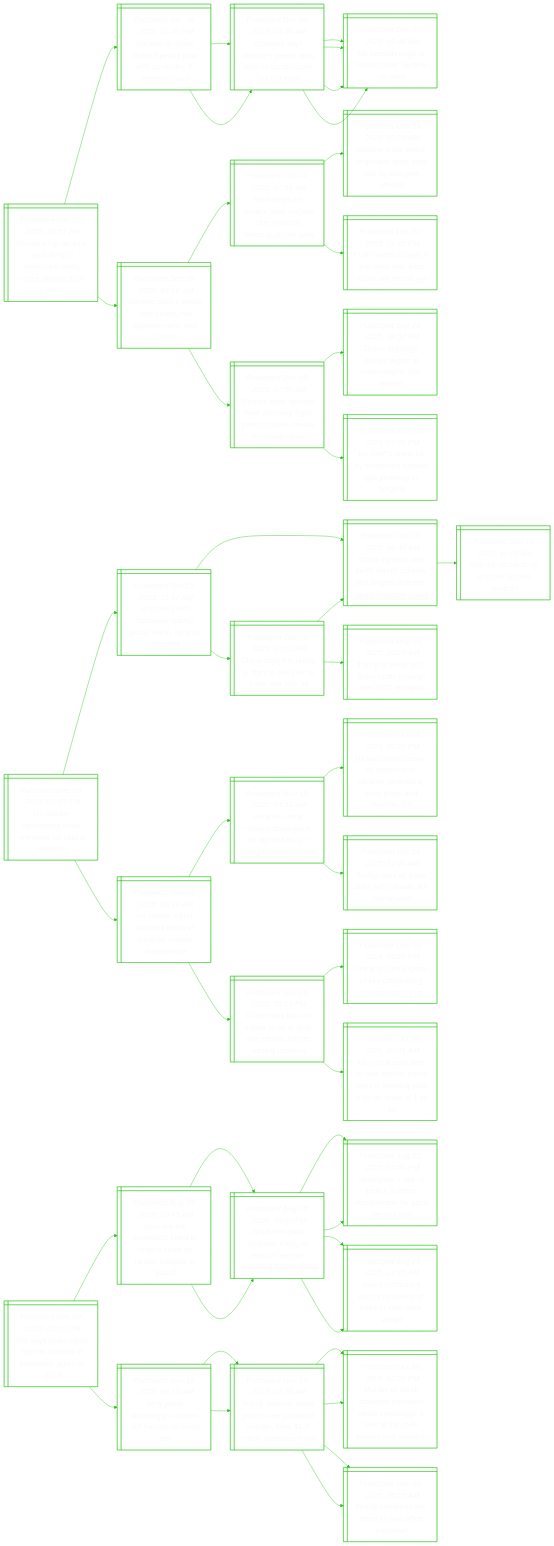
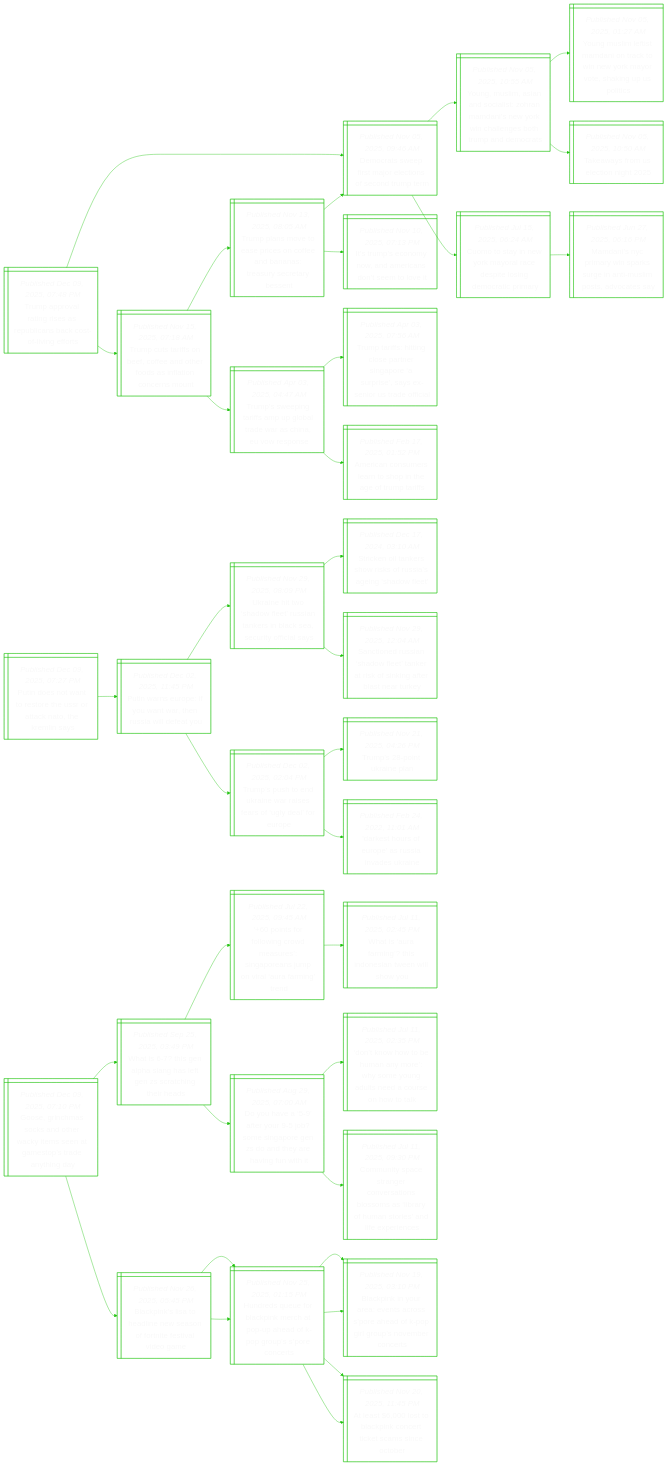
The diagram in README.md (notJmes/notJmes), drawn with Mermaid before and after one commit. The commit also changed other lines of this file, not shown here.

````diff
--- a/README.md
+++ b/README.md
@@ -16,139 +16,115 @@
 flowchart LR
 classDef txtsize font-size:20px;
 
-Ragasiaggrari@{ shape: win-pane, label: "_Published Dec 09, 2025, 03:51 PM_
-Russia’s top general says army is advancing along entire ukraine front line" }
-UnhedewScna@{ shape: win-pane, label: "_Published Dec 08, 2025, 11:20 PM_
-Ukraine to share revised peace plan with us on dec 9, zelensky says" }
-ZsyaptwStita@{ shape: win-pane, label: "_Published Dec 08, 2025, 06:36 AM_
-Zelensky says ukraine’s peace talks with us constructive but not easy" }
-NaottirUk@{ shape: win-pane, label: "_Published Dec 07, 2025, 03:48 AM_
-No breakthrough at ‘constructive’ ukraine-us talks" }
-NaottirUk@{ shape: win-pane, label: "_Published Dec 07, 2025, 03:48 AM_
-No breakthrough at ‘constructive’ ukraine-us talks" }
-ZsyaptwStita@{ shape: win-pane, label: "_Published Dec 08, 2025, 06:36 AM_
-Zelensky says ukraine’s peace talks with us constructive but not easy" }
-NaottirUk@{ shape: win-pane, label: "_Published Dec 07, 2025, 03:48 AM_
-No breakthrough at ‘constructive’ ukraine-us talks" }
-NaottirUk@{ shape: win-pane, label: "_Published Dec 07, 2025, 03:48 AM_
-No breakthrough at ‘constructive’ ukraine-us talks" }
-UnsnacastRa@{ shape: win-pane, label: "_Published Dec 05, 2025, 04:16 AM_
-Ukraine says it wants ‘real peace, not appeasement’ with russia" }
-Ntoaanrrotra@{ shape: win-pane, label: "_Published Dec 04, 2025, 07:38 AM_
-Next steps for ukraine talks unclear after moscow meeting, trump says" }
-Unpetrsrbitc@{ shape: win-pane, label: "_Published Nov 29, 2025, 12:09 AM_
-Ukraine’s top peace negotiator quits after raid by anti-graft officers" }
+Tavtisbnkoif@{ shape: win-pane, label: "_Published Dec 09, 2025, 07:48 PM_
+Trump approval rating rises as republicans back cost-of-living efforts" }
+Drwialosdp@{ shape: win-pane, label: "_Published Nov 05, 2025, 09:46 AM_
+Democrats sweep first major elections of second trump term" }
+YMmnoihaiYilehpea@{ shape: win-pane, label: "_Published Nov 05, 2025, 10:55 AM_
+Young, muslim, asian and socialist: zohran mamdani’s new york win challenges both trump and democrats" }
+YMmimociYaoauoc@{ shape: win-pane, label: "_Published Nov 05, 2025, 01:27 AM_
+Young muslim leftist mamdani on track to win new york mayor vote, shaking up us politics" }
+Twreig@{ shape: win-pane, label: "_Published Nov 05, 2025, 10:50 AM_
+Takeaways from us election night 2025" }
+Ctywmaeiseary@{ shape: win-pane, label: "_Published Jul 15, 2025, 06:24 AM_
+Cuomo to stay in new york mayoral race despite losing democratic primary" }
+MnCankgnsodty@{ shape: win-pane, label: "_Published Jun 27, 2025, 06:16 PM_
+Mamdani’s nyc primary win sparks surge in anti-muslim posts, advocates say" }
+Tcasefdrsfocm@{ shape: win-pane, label: "_Published Nov 15, 2025, 07:18 AM_
+Trump cuts tariffs on beef, coffee and other foods as inflation concerns mount" }
+Tpmopsfnarrrye@{ shape: win-pane, label: "_Published Nov 13, 2025, 08:05 AM_
+Trump plans move to ease prices on coffee and bananas: treasury secretary bessent" }
+Drwialosdp@{ shape: win-pane, label: "_Published Nov 05, 2025, 09:46 AM_
+Democrats sweep first major elections of second trump term" }
+Iucynrssoi@{ shape: win-pane, label: "_Published Nov 10, 2025, 07:13 PM_
+It’s trump’s economy now, and americans don’t seem to love it" }
+Tspaspadanop@{ shape: win-pane, label: "_Published Apr 03, 2025, 04:47 AM_
+Trump’s sweeping tariffs amp up global trade war as china, eu vow response" }
+Ttftlaraarasrafl@{ shape: win-pane, label: "_Published Apr 03, 2025, 07:56 AM_
+Trump tariffs: hitting close partner singapore ‘a surprise’, says ex-senior us trade official" }
+Acnrrhteur@{ shape: win-pane, label: "_Published Feb 17, 2025, 01:52 PM_
+American consumers learn to shop in the age of trump tariffs" }
+
+Tavtisbnkoif:::txtsize --> Drwialosdp:::txtsize
+Drwialosdp:::txtsize --> YMmnoihaiYilehpea:::txtsize
+YMmnoihaiYilehpea:::txtsize --> YMmimociYaoauoc:::txtsize
+YMmnoihaiYilehpea:::txtsize --> Twreig:::txtsize
+Drwialosdp:::txtsize --> Ctywmaeiseary:::txtsize
+Ctywmaeiseary:::txtsize --> MnCankgnsodty:::txtsize
+Tavtisbnkoif:::txtsize --> Tcasefdrsfocm:::txtsize
+Tcasefdrsfocm:::txtsize --> Tpmopsfnarrrye:::txtsize
+Tpmopsfnarrrye:::txtsize --> Drwialosdp:::txtsize
+Tpmopsfnarrrye:::txtsize --> Iucynrssoi:::txtsize
+Tcasefdrsfocm:::txtsize --> Tspaspadanop:::txtsize
+Tspaspadanop:::txtsize --> Ttftlaraarasrafl:::txtsize
+Tspaspadanop:::txtsize --> Acnrrhteur:::txtsize
+
+PdotstStNhma@{ shape: win-pane, label: "_Published Dec 09, 2025, 07:27 PM_
+Putin does not want to restore the ussr or attack nato, the kremlin says" }
 PwEeuwesleu@{ shape: win-pane, label: "_Published Dec 02, 2025, 11:45 PM_
 Putin warns europe: if you want war, then russia will defeat you" }
-Dssernlpoiirdr@{ shape: win-pane, label: "_Published Dec 05, 2025, 02:50 AM_
-Drones were spotted near zelensky flight path to dublin, media in ireland report" }
-DsiithChOit@{ shape: win-pane, label: "_Published Sep 23, 2025, 08:52 AM_
-Drone sightings disrupt flights at copenhagen, oslo airports" }
-EeatsesPmna@{ shape: win-pane, label: "_Published Sep 01, 2025, 07:39 PM_
-Eu chief’s plane hit by suspected russian gps jamming in bulgaria" }
+UntaluneBScyca@{ shape: win-pane, label: "_Published Nov 29, 2025, 08:09 PM_
+Ukraine hit two ‘shadow fleet’ russian tankers in black sea, security official says" }
+Skleokusnde@{ shape: win-pane, label: "_Published Dec 17, 2024, 03:10 AM_
+Stricken oil tankers show risks of russia’s ageing ‘shadow fleet’" }
+SiRadentokfler@{ shape: win-pane, label: "_Published Nov 29, 2025, 12:04 AM_
+Sanctioned russian ‘shadow fleet’ tanker at risk of sinking after blast near turkey" }
+TstUnrssllu@{ shape: win-pane, label: "_Published Dec 02, 2025, 02:04 PM_
+Trump’s push to end ukraine war raises fears of ‘ugly deal’ for europe" }
+Tstia@{ shape: win-pane, label: "_Published Nov 21, 2025, 04:26 PM_
+Trump’s 28-point ukraine plan" }
+DsruasvUn@{ shape: win-pane, label: "_Published Feb 24, 2022, 11:01 AM_
+'darkest hours of europe' as russia invades ukraine" }
 
-Ragasiaggrari:::txtsize --> UnhedewScna:::txtsize
-UnhedewScna:::txtsize --> ZsyaptwStita:::txtsize
-ZsyaptwStita:::txtsize --> NaottirUk:::txtsize
-ZsyaptwStita:::txtsize --> NaottirUk:::txtsize
-UnhedewScna:::txtsize --> ZsyaptwStita:::txtsize
-ZsyaptwStita:::txtsize --> NaottirUk:::txtsize
-ZsyaptwStita:::txtsize --> NaottirUk:::txtsize
-Ragasiaggrari:::txtsize --> UnsnacastRa:::txtsize
-UnsnacastRa:::txtsize --> Ntoaanrrotra:::txtsize
-Ntoaanrrotra:::txtsize --> Unpetrsrbitc:::txtsize
-Ntoaanrrotra:::txtsize --> PwEeuwesleu:::txtsize
-UnsnacastRa:::txtsize --> Dssernlpoiirdr:::txtsize
-Dssernlpoiirdr:::txtsize --> DsiithChOit:::txtsize
-Dssernlpoiirdr:::txtsize --> EeatsesPmna:::txtsize
+PdotstStNhma:::txtsize --> PwEeuwesleu:::txtsize
+PwEeuwesleu:::txtsize --> UntaluneBScyca:::txtsize
+UntaluneBScyca:::txtsize --> Skleokusnde:::txtsize
+UntaluneBScyca:::txtsize --> SiRadentokfler:::txtsize
+PwEeuwesleu:::txtsize --> TstUnrssllu:::txtsize
+TstUnrssllu:::txtsize --> Tstia:::txtsize
+TstUnrssllu:::txtsize --> DsruasvUn:::txtsize
 
-Uidosrefilr@{ shape: win-pane, label: "_Published Dec 09, 2025, 03:45 PM_
-Us military developing small refineries for critical minerals" }
-Xrtopglmfps@{ shape: win-pane, label: "_Published Oct 15, 2025, 11:47 AM_
-Xi’s rare earth ‘bazooka’ sparks global alarm, race for supplies" }
-Cstaftetwt@{ shape: win-pane, label: "_Published Oct 14, 2025, 10:02 AM_
-China says it is ready to ‘fight to the end’ in trade war with us" }
-Ctertonsasnmdrs@{ shape: win-pane, label: "_Published Oct 09, 2025, 09:46 AM_
-China tightens rare earth export controls and targets defence, semiconductor users" }
-Ttpafrlnt@{ shape: win-pane, label: "_Published May 16, 2025, 10:29 AM_
-Trump to keep 30% china tariffs through late 2025: analysts" }
-Ctertonsasnmdrs@{ shape: win-pane, label: "_Published Oct 09, 2025, 09:46 AM_
-China tightens rare earth export controls and targets defence, semiconductor users" }
-Whapira@{ shape: win-pane, label: "_Published Sep 14, 2025, 11:05 AM_
-Will the us catch up to china on rare earths?" }
-UsocCoemtrn@{ shape: win-pane, label: "_Published Nov 13, 2025, 06:16 AM_
-Us house report accuses china of minerals market interference" }
-Unneonaaonsm@{ shape: win-pane, label: "_Published Nov 12, 2025, 04:53 AM_
-Ukraine, china mineral dominance on agenda as g-7 foreign ministers meet" }
-Ucsilrrionitncr@{ shape: win-pane, label: "_Published Oct 23, 2025, 06:27 PM_
-Us sanctions russian oil majors over ukraine, prompting india jitters and moscow fury" }
-Tsldkhdtn@{ shape: win-pane, label: "_Published Oct 24, 2025, 11:40 AM_
-Trump says all trade talks with canada are terminated" }
-Chbetolefeins@{ shape: win-pane, label: "_Published Nov 09, 2025, 05:15 PM_
-China halts ban on export to us of dual-use metals, further easing tensions" }
-CtbrkiimnU@{ shape: win-pane, label: "_Published Dec 03, 2024, 05:23 PM_
-China to curb exports of key chipmaking components to us" }
-Unloehmsewne@{ shape: win-pane, label: "_Published Oct 30, 2025, 10:01 AM_
-Us, china seal deal on rare earths; trump says xi meeting was a 12 on scale of 1 to 10" }
+GGhonekmnmpdtD@{ shape: win-pane, label: "_Published Dec 09, 2025, 07:10 PM_
+Goose, grinchmas socks and other wacky items seen at gamestop’s trade anything day" }
+WsGpasGscth@{ shape: win-pane, label: "_Published Sep 25, 2025, 03:49 PM_
+What is 6-7? this gen alpha slang has left gen zs scratching their heads" }
+psoioasaamiurt@{ shape: win-pane, label: "_Published Jul 22, 2025, 09:45 AM_
+‘+60 points for following crowd measures’: singaporeans jump on viral ‘aura farming’ trend" }
+Wsfnsnnnso@{ shape: win-pane, label: "_Published Jul 11, 2025, 02:45 PM_
+What is ‘aura farming’? this indonesian tween will show you" }
+DhayoeaGdtrini@{ shape: win-pane, label: "_Published Aug 29, 2025, 07:00 AM_
+Do you have a ‘5-9’ after your 9-5 job? some singapore gen zs do and they are having fun with it" }
+Dnwharsodncewl@{ shape: win-pane, label: "_Published Jul 11, 2025, 02:35 PM_
+‘don’t know how to be human any more’: why some young adults need a course on how to talk" }
+Cnptevtbolrutsipn@{ shape: win-pane, label: "_Published Jul 11, 2025, 09:30 PM_
+Community space stranger conversations blossoms as ‘library of human stories’ and life experiences" }
+BpLolesFislo@{ shape: win-pane, label: "_Published Nov 26, 2025, 05:45 PM_
+Blackpink’s lisa to headline new season of fortnite festival video game" }
+Heerkmauapopot@{ shape: win-pane, label: "_Published Nov 25, 2025, 01:15 PM_
+Hundreds queue for blackpink merch at pop-up ahead of k-pop group’s s’pore concerts" }
+Bpnavasedolpecr@{ shape: win-pane, label: "_Published Nov 19, 2025, 03:10 PM_
+Blackpink in your area: events across s’pore ahead of k-pop girl group’s november concerts" }
+AstancissOe@{ shape: win-pane, label: "_Published Nov 20, 2025, 11:45 PM_
+At least $6,000 lost to blackpink concert ticket scams since october" }
+Heerkmauapopot@{ shape: win-pane, label: "_Published Nov 25, 2025, 01:15 PM_
+Hundreds queue for blackpink merch at pop-up ahead of k-pop group’s s’pore concerts" }
+Bpnavasedolpecr@{ shape: win-pane, label: "_Published Nov 19, 2025, 03:10 PM_
+Blackpink in your area: events across s’pore ahead of k-pop girl group’s november concerts" }
+AstancissOe@{ shape: win-pane, label: "_Published Nov 20, 2025, 11:45 PM_
+At least $6,000 lost to blackpink concert ticket scams since october" }
 
-Uidosrefilr:::txtsize --> Xrtopglmfps:::txtsize
-Xrtopglmfps:::txtsize --> Cstaftetwt:::txtsize
-Cstaftetwt:::txtsize --> Ctertonsasnmdrs:::txtsize
-Cstaftetwt:::txtsize --> Ttpafrlnt:::txtsize
-Xrtopglmfps:::txtsize --> Ctertonsasnmdrs:::txtsize
-Ctertonsasnmdrs:::txtsize --> Whapira:::txtsize
-Uidosrefilr:::txtsize --> UsocCoemtrn:::txtsize
-UsocCoemtrn:::txtsize --> Unneonaaonsm:::txtsize
-Unneonaaonsm:::txtsize --> Ucsilrrionitncr:::txtsize
-Unneonaaonsm:::txtsize --> Tsldkhdtn:::txtsize
-UsocCoemtrn:::txtsize --> Chbetolefeins:::txtsize
-Chbetolefeins:::txtsize --> CtbrkiimnU:::txtsize
-Chbetolefeins:::txtsize --> Unloehmsewne:::txtsize
-
-Ryaliteolai@{ shape: win-pane, label: "_Published Dec 09, 2025, 01:40 PM_
-Rsf says israel killed highest number of journalists again in 2025" }
-Weolkdrsesoaa@{ shape: win-pane, label: "_Published Aug 26, 2025, 10:45 AM_
-Who are the journalists killed in israel’s strike on nasser hospital in gaza?" }
-IlGoalttllgnt@{ shape: win-pane, label: "_Published Aug 25, 2025, 05:00 PM_
-Israel hits gaza hospital, killing at least 20 people, including 5 journalists" }
-NytferqdGec@{ shape: win-pane, label: "_Published Aug 22, 2025, 05:00 PM_
-Netanyahu’s talk of peace is mere masquerade for gaza destruction" }
-IllronseWal@{ shape: win-pane, label: "_Published Aug 25, 2025, 12:35 AM_
-Israeli bulldozers uproot hundreds of trees in west bank village" }
-IlGoalttllgnt@{ shape: win-pane, label: "_Published Aug 25, 2025, 05:00 PM_
-Israel hits gaza hospital, killing at least 20 people, including 5 journalists" }
-NytferqdGec@{ shape: win-pane, label: "_Published Aug 22, 2025, 05:00 PM_
-Netanyahu’s talk of peace is mere masquerade for gaza destruction" }
-IllronseWal@{ shape: win-pane, label: "_Published Aug 25, 2025, 12:35 AM_
-Israeli bulldozers uproot hundreds of trees in west bank village" }
-WmagrtaUds@{ shape: win-pane, label: "_Published Nov 19, 2025, 08:15 AM_
-Why jamal khashoggi’s murder still haunts us-saudi ties" }
-Tdddnersdiinst@{ shape: win-pane, label: "_Published Nov 19, 2025, 12:28 AM_
-Trump defends saudi prince over journalist murder, hails $1.3 trillion investment vow" }
-Mrusnrsasikeprsc@{ shape: win-pane, label: "_Published Oct 20, 2018, 12:23 PM_
-Murder of saudi dissident journalist jamal khashoggi: a look at the main players and suspects" }
-TttBsailn@{ shape: win-pane, label: "_Published Nov 19, 2025, 05:25 AM_
-Trump threatens abc news in oval office meltdown" }
-Tdddnersdiinst@{ shape: win-pane, label: "_Published Nov 19, 2025, 12:28 AM_
-Trump defends saudi prince over journalist murder, hails $1.3 trillion investment vow" }
-Mrusnrsasikeprsc@{ shape: win-pane, label: "_Published Oct 20, 2018, 12:23 PM_
-Murder of saudi dissident journalist jamal khashoggi: a look at the main players and suspects" }
-TttBsailn@{ shape: win-pane, label: "_Published Nov 19, 2025, 05:25 AM_
-Trump threatens abc news in oval office meltdown" }
-
-Ryaliteolai:::txtsize --> Weolkdrsesoaa:::txtsize
-Weolkdrsesoaa:::txtsize --> IlGoalttllgnt:::txtsize
-IlGoalttllgnt:::txtsize --> NytferqdGec:::txtsize
-IlGoalttllgnt:::txtsize --> IllronseWal:::txtsize
-Weolkdrsesoaa:::txtsize --> IlGoalttllgnt:::txtsize
-IlGoalttllgnt:::txtsize --> NytferqdGec:::txtsize
-IlGoalttllgnt:::txtsize --> IllronseWal:::txtsize
-Ryaliteolai:::txtsize --> WmagrtaUds:::txtsize
-WmagrtaUds:::txtsize --> Tdddnersdiinst:::txtsize
-Tdddnersdiinst:::txtsize --> Mrusnrsasikeprsc:::txtsize
-Tdddnersdiinst:::txtsize --> TttBsailn:::txtsize
-WmagrtaUds:::txtsize --> Tdddnersdiinst:::txtsize
-Tdddnersdiinst:::txtsize --> Mrusnrsasikeprsc:::txtsize
-Tdddnersdiinst:::txtsize --> TttBsailn:::txtsize
+GGhonekmnmpdtD:::txtsize --> WsGpasGscth:::txtsize
+WsGpasGscth:::txtsize --> psoioasaamiurt:::txtsize
+psoioasaamiurt:::txtsize --> Wsfnsnnnso:::txtsize
+WsGpasGscth:::txtsize --> DhayoeaGdtrini:::txtsize
+DhayoeaGdtrini:::txtsize --> Dnwharsodncewl:::txtsize
+DhayoeaGdtrini:::txtsize --> Cnptevtbolrutsipn:::txtsize
+GGhonekmnmpdtD:::txtsize --> BpLolesFislo:::txtsize
+BpLolesFislo:::txtsize --> Heerkmauapopot:::txtsize
+Heerkmauapopot:::txtsize --> Bpnavasedolpecr:::txtsize
+Heerkmauapopot:::txtsize --> AstancissOe:::txtsize
+BpLolesFislo:::txtsize --> Heerkmauapopot:::txtsize
+Heerkmauapopot:::txtsize --> Bpnavasedolpecr:::txtsize
+Heerkmauapopot:::txtsize --> AstancissOe:::txtsize
 
 ```
````
